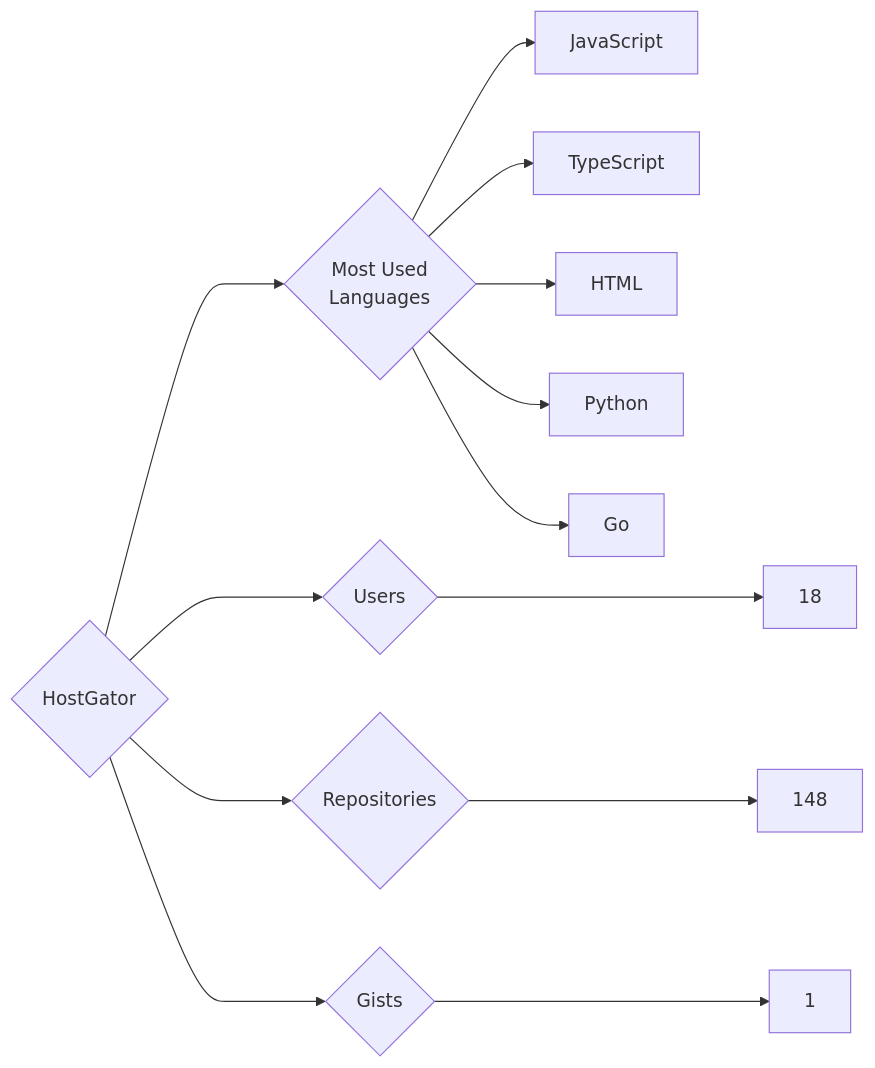
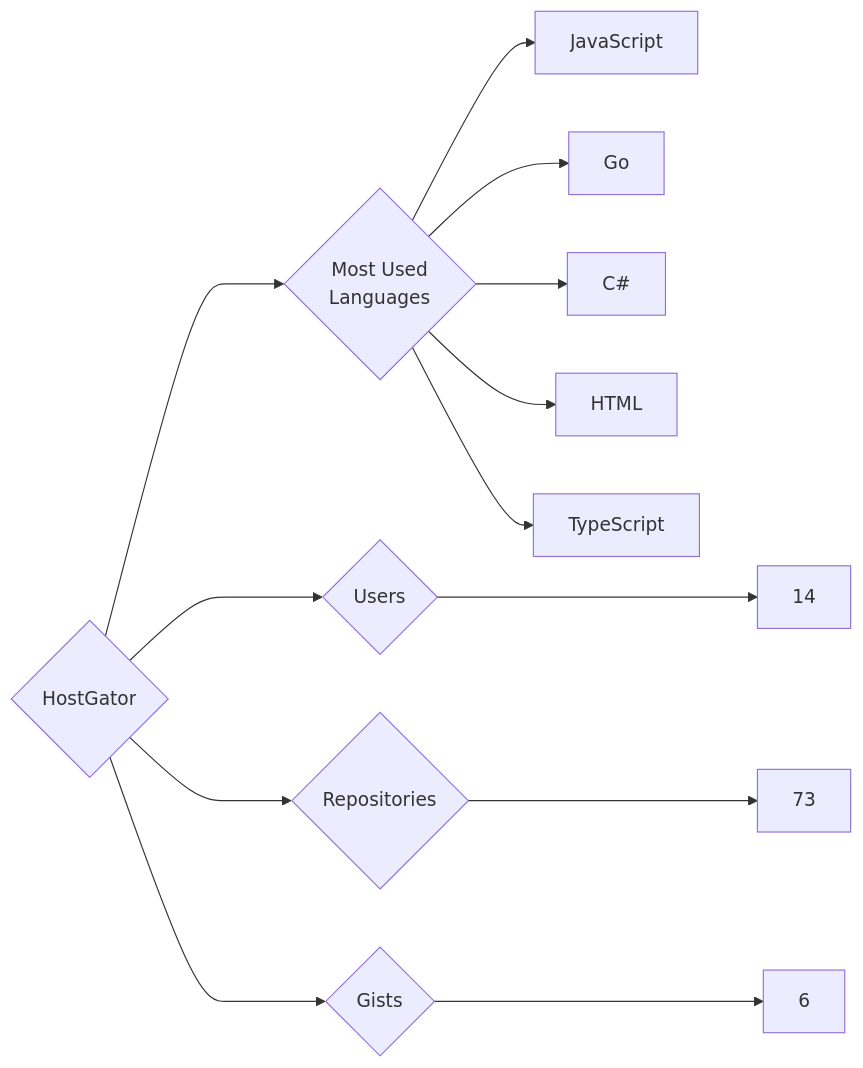
Before and after one commit to trickest/insiders: the diagram in targets/HostGator/README.md, drawn with Mermaid. The commit also changed 723 other files, not shown here.

````diff
--- a/targets/HostGator/README.md
+++ b/targets/HostGator/README.md
@@ -3,13 +3,13 @@
 ```mermaid
 graph LR
 COMPANY_NAME{HostGator}
-COMPANY_NAME ---> U{Users} ---> UN[18]
-COMPANY_NAME ---> R{Repositories} ---> RN[148]
-COMPANY_NAME ---> G{Gists} ---> GN[1]
+COMPANY_NAME ---> U{Users} ---> UN[14]
+COMPANY_NAME ---> R{Repositories} ---> RN[73]
+COMPANY_NAME ---> G{Gists} ---> GN[6]
 COMPANY_NAME ---> ML{Most Used<br>Languages}
 ML --> JavaScript[JavaScript]
+ML --> Go[Go]
+ML --> C#[C#]
+ML --> HTML[HTML]
 ML --> TypeScript[TypeScript]
-ML --> HTML[HTML]
-ML --> Python[Python]
-ML --> Go[Go]
 ```
````
